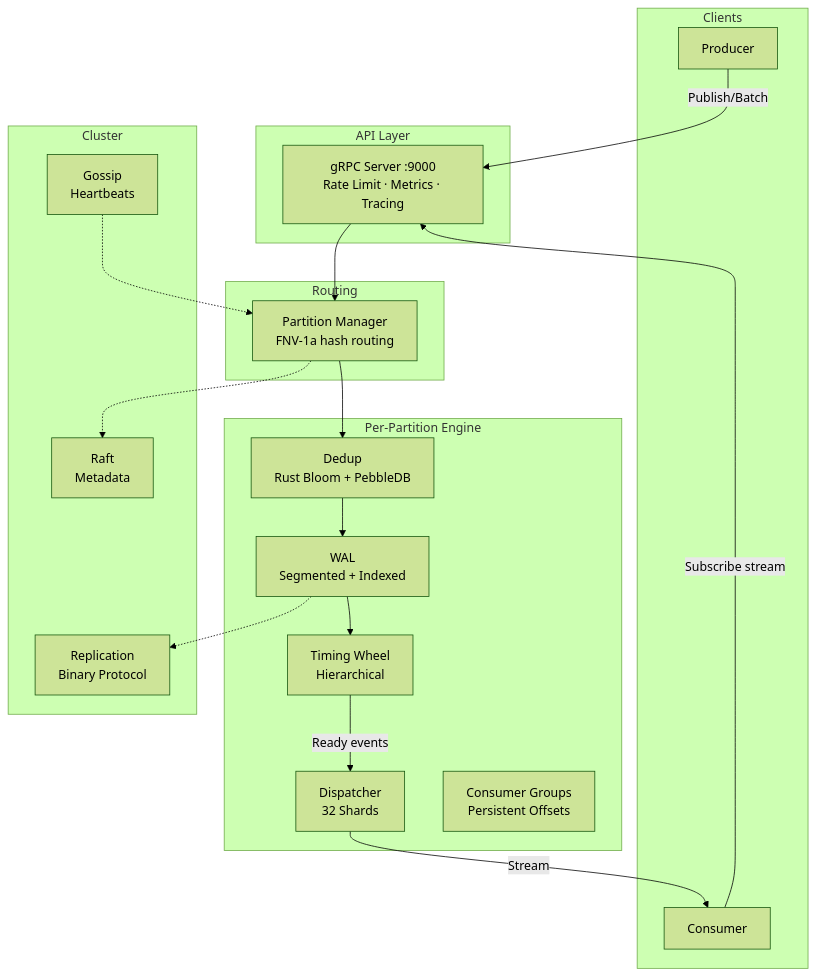
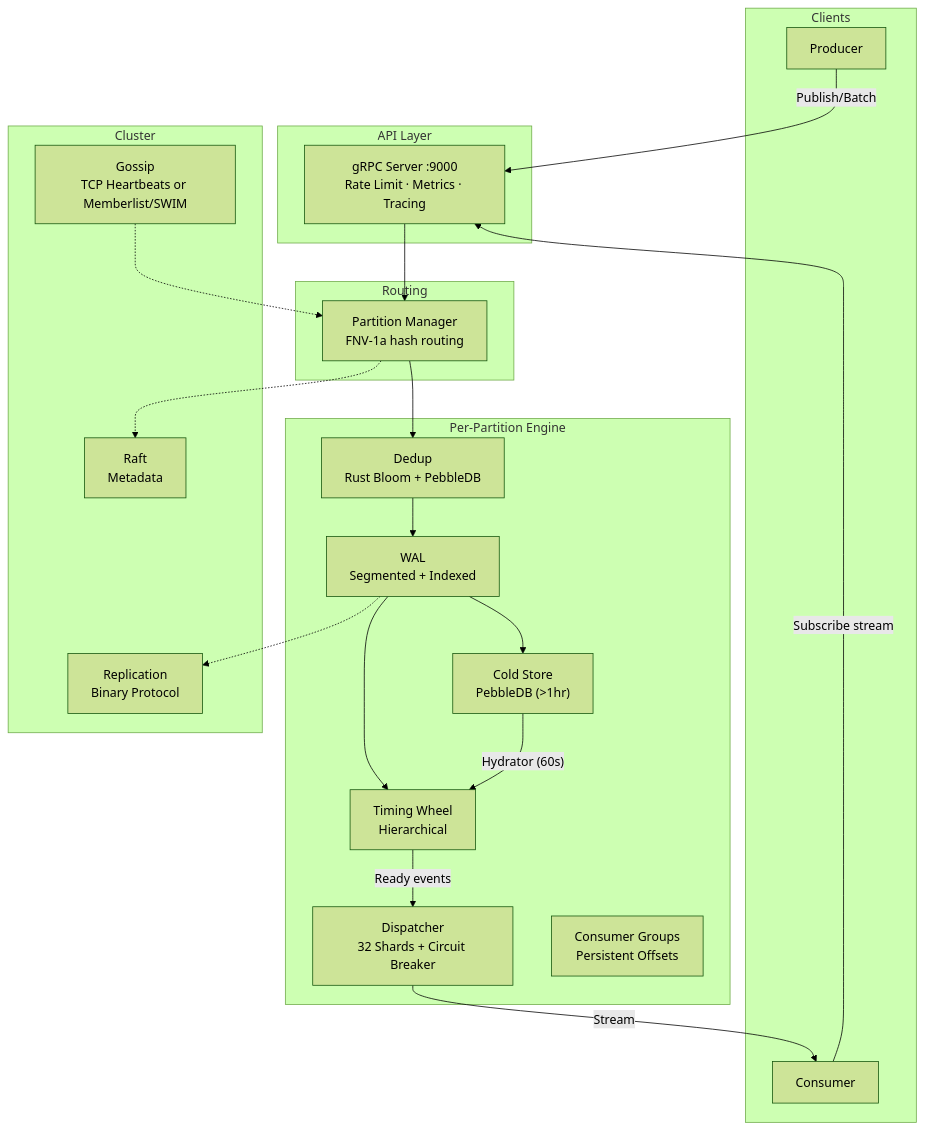
One commit to jatin711-debug/cronos_db_golang changed the diagram in README.md. Above: the diagram before and after it, drawn with Mermaid (forest theme). The commit also changed other lines of this file and 24 other files, not shown here.

````diff
--- a/README.md
+++ b/README.md
@@ -72,37 +76,40 @@
 ```mermaid
 graph TB
     subgraph Clients
         C1[Producer]
         C2[Consumer]
     end
 
     subgraph "API Layer"
         GW["gRPC Server :9000<br/>Rate Limit · Metrics · Tracing"]
     end
 
     subgraph "Routing"
         PM["Partition Manager<br/>FNV-1a hash routing"]
     end
 
     subgraph "Per-Partition Engine"
         WAL["WAL<br/>Segmented + Indexed"]
+        CS["Cold Store<br/>PebbleDB (>1hr)"]
         SCH["Timing Wheel<br/>Hierarchical"]
         DD["Dedup<br/>Rust Bloom + PebbleDB"]
-        DSP["Dispatcher<br/>32 Shards"]
+        DSP["Dispatcher<br/>32 Shards + Circuit Breaker"]
         CG["Consumer Groups<br/>Persistent Offsets"]
     end
 
     subgraph "Cluster"
         RAFT["Raft<br/>Metadata"]
-        GOSSIP["Gossip<br/>Heartbeats"]
+        GOSSIP["Gossip<br/>TCP Heartbeats or Memberlist/SWIM"]
         REPL["Replication<br/>Binary Protocol"]
     end
 
     C1 -->|"Publish/Batch"| GW
     C2 -->|"Subscribe stream"| GW
     GW --> PM --> DD --> WAL --> SCH
+    WAL --> CS
+    CS -->|"Hydrator (60s)"| SCH
     SCH -->|"Ready events"| DSP -->|"Stream"| C2
     WAL -.-> REPL
     PM -.-> RAFT
     GOSSIP -.-> PM
 ```
````
